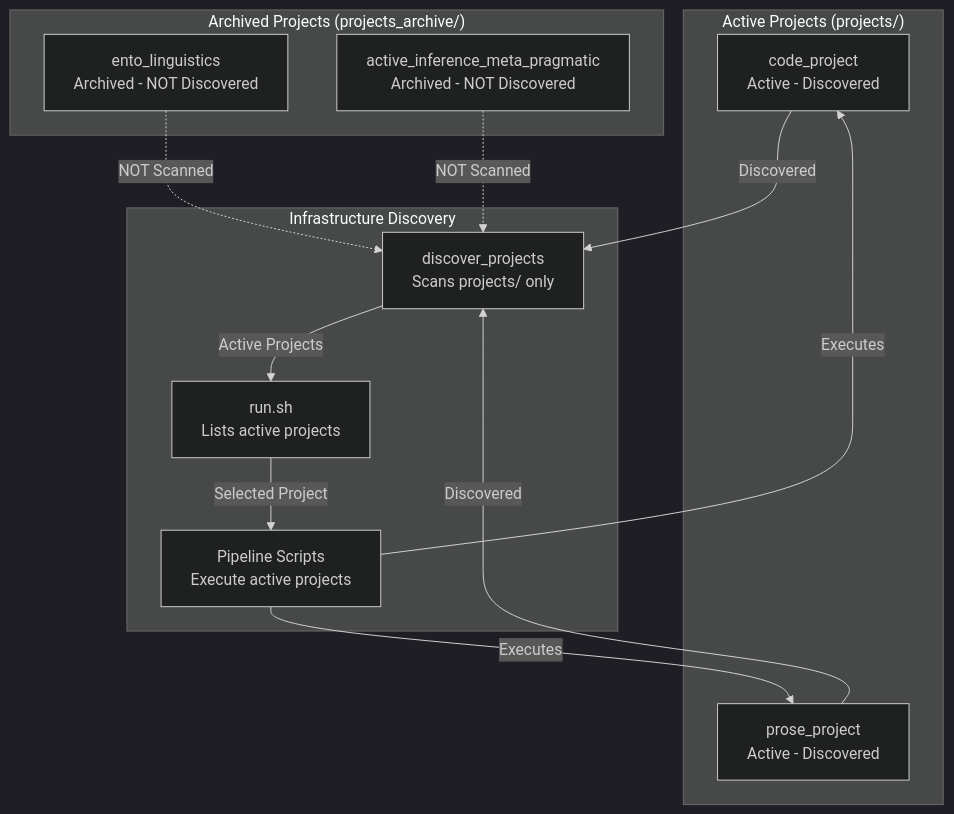
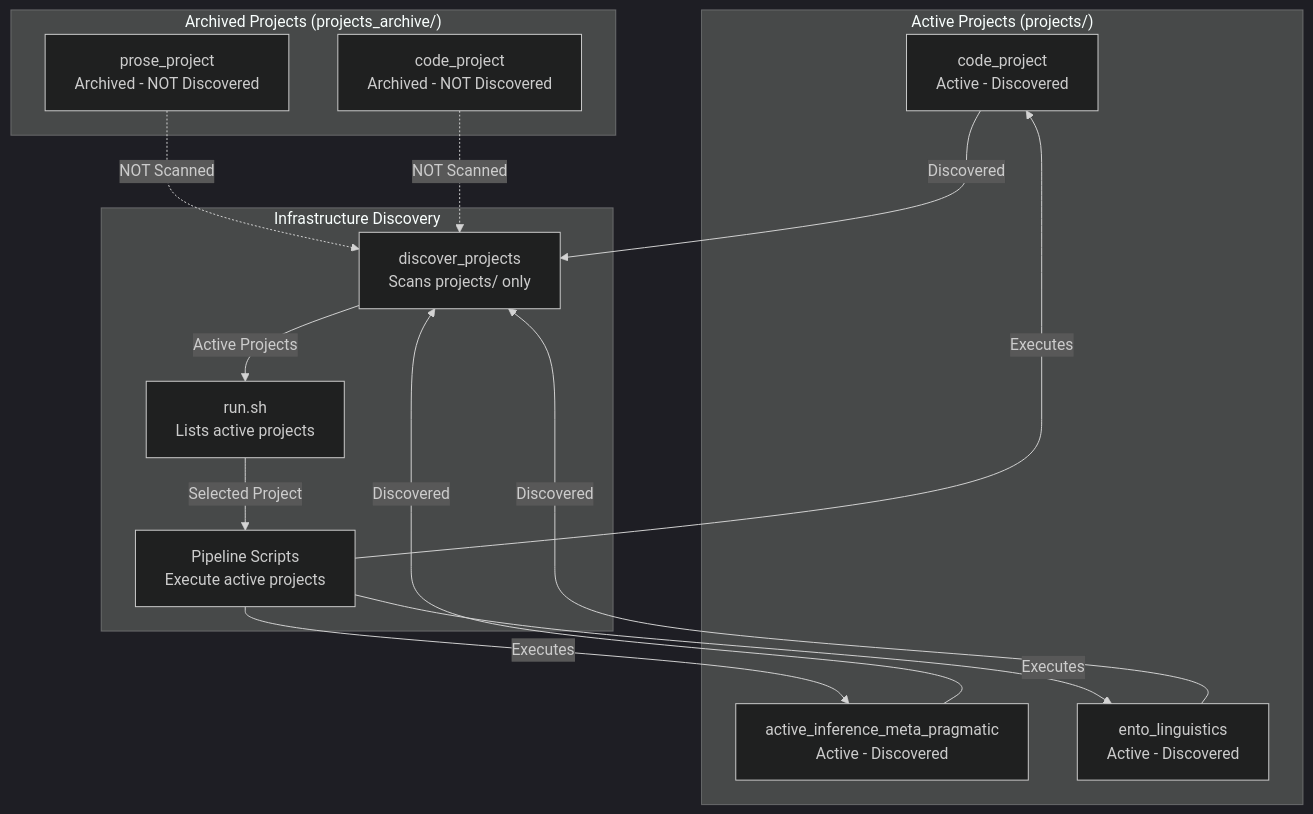
One commit to docxology/template changed the diagram in projects/AGENTS.md. Above: the diagram before and after it, drawn with Mermaid (dark theme). The commit also changed other lines of this file and 1095 other files, not shown here.

````diff
--- a/projects/AGENTS.md
+++ b/projects/AGENTS.md
@@ -54,28 +54,31 @@
 ```mermaid
 graph TD
     subgraph Active["Active Projects (projects/)"]
         P1[code_project<br/>Active - Discovered]
-        P2[prose_project<br/>Active - Discovered]
+        P2[active_inference_meta_pragmatic<br/>Active - Discovered]
+        P3[ento_linguistics<br/>Active - Discovered]
     end
 
     subgraph Archive["Archived Projects (projects_archive/)"]
-        A1[ento_linguistics<br/>Archived - NOT Discovered]
-        A2[active_inference_meta_pragmatic<br/>Archived - NOT Discovered]
+        A1[prose_project<br/>Archived - NOT Discovered]
+        A2[code_project<br/>Archived - NOT Discovered]
     end
 
     subgraph Infrastructure["Infrastructure Discovery"]
         DISCOVER[discover_projects<br/>Scans projects/ only]
         RUNSH[run.sh<br/>Lists active projects]
         PIPELINE[Pipeline Scripts<br/>Execute active projects]
     end
 
     P1 -->|Discovered| DISCOVER
     P2 -->|Discovered| DISCOVER
+    P3 -->|Discovered| DISCOVER
     A1 -.->|NOT Scanned| DISCOVER
     A2 -.->|NOT Scanned| DISCOVER
 
     DISCOVER -->|Active Projects| RUNSH
     RUNSH -->|Selected Project| PIPELINE
     PIPELINE -->|Executes| P1
     PIPELINE -->|Executes| P2
+    PIPELINE -->|Executes| P3
 ```
````
